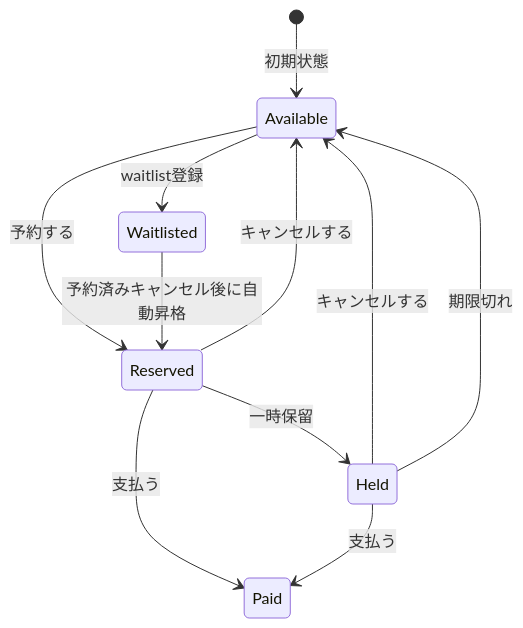
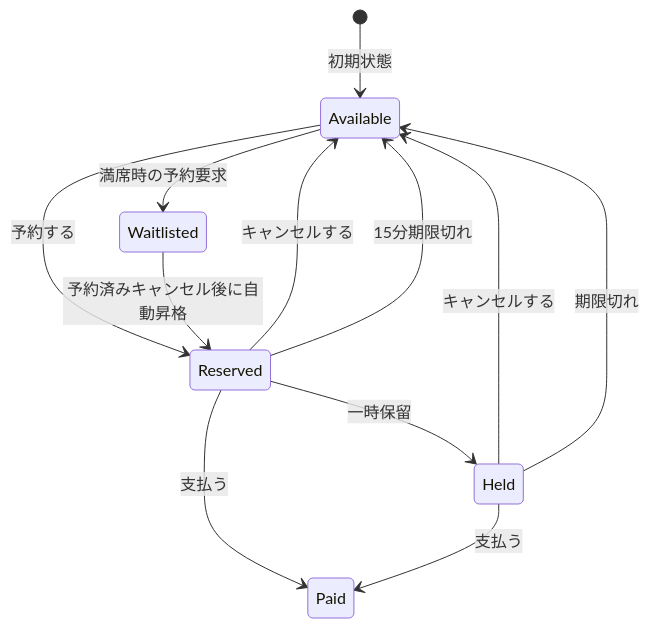
Before and after one commit to kumachan1101-pixel/DesignPattern: the seventh of 23 diagrams in kindle/design-patterns/output/chapter03.md, drawn with Mermaid. The commit also changed other lines of this file and 21 other files, not shown here.

````diff
--- a/kindle/design-patterns/output/chapter03.md
+++ b/kindle/design-patterns/output/chapter03.md
@@ -722,13 +730,14 @@
 ```mermaid
 stateDiagram-v2
     [*] --> Available : 初期状態
     Available --> Reserved : 予約する
     Reserved --> Paid : 支払う
     Reserved --> Available : キャンセルする
-    Available --> Waitlisted : waitlist登録
+    Available --> Waitlisted : 満席時の予約要求
     Waitlisted --> Reserved : 予約済みキャンセル後に自動昇格
     Reserved --> Held : 一時保留
+    Reserved --> Available : 15分期限切れ
     Held --> Paid : 支払う
     Held --> Available : キャンセルする
     Held --> Available : 期限切れ
 ```
````
